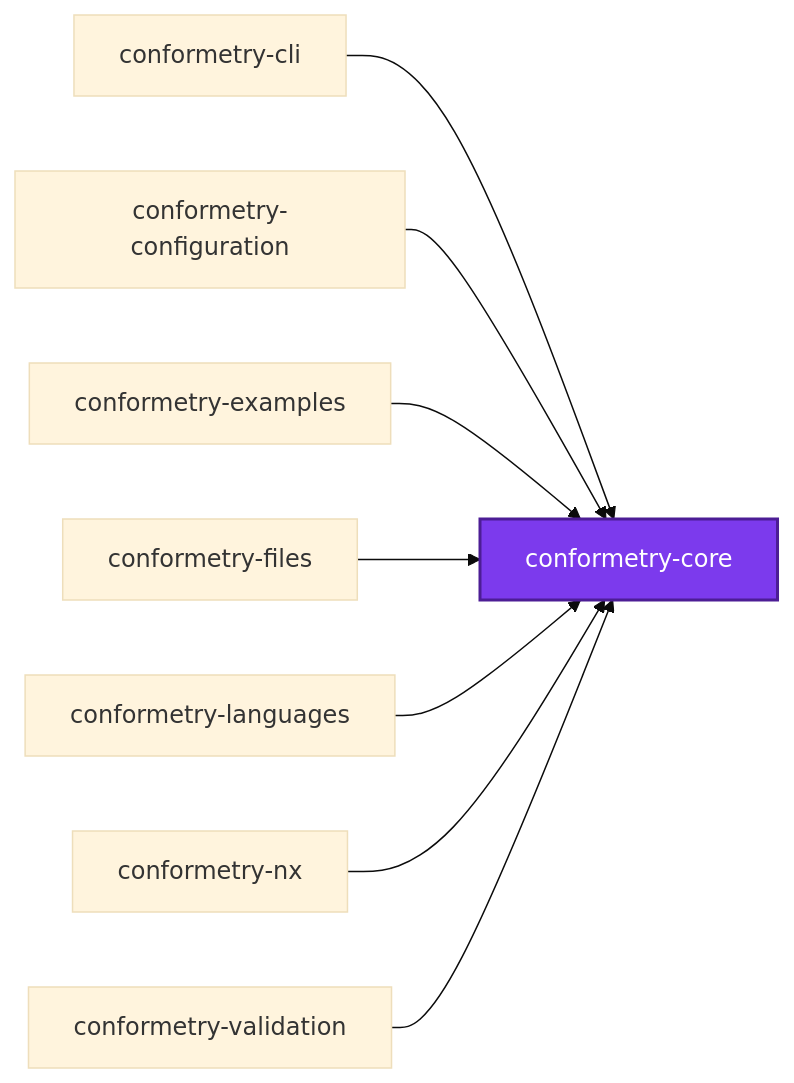
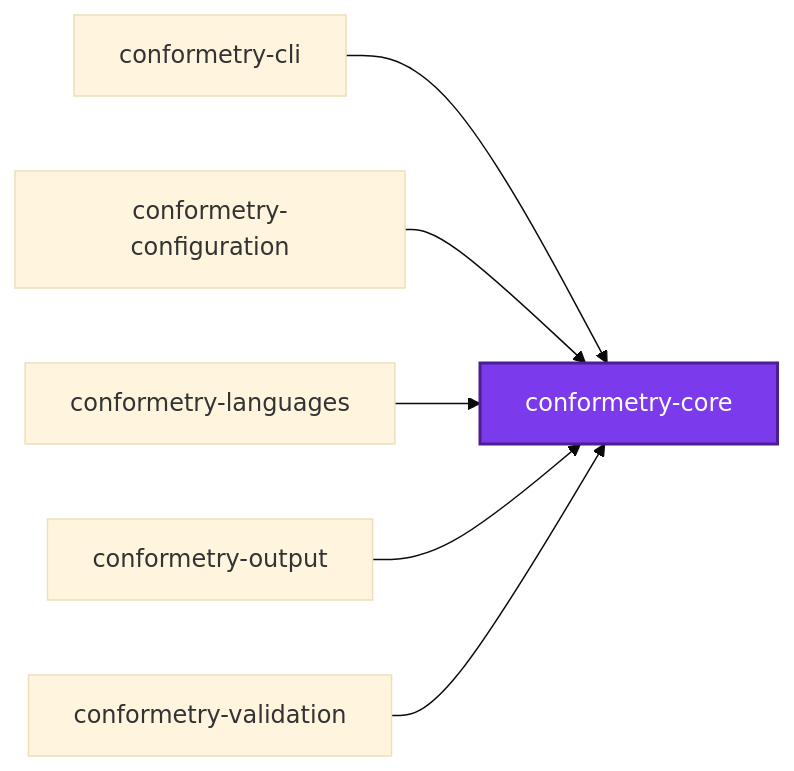
Before and after one commit to JimmyPaolini/codebase: the first of 3 diagrams in packages/ic-suite/conformetry/conformetry-core/README.md, drawn with Mermaid (base theme). The commit also changed other lines of this file and 169 other files, not shown here.

````diff
--- a/packages/ic-suite/conformetry/conformetry-core/README.md
+++ b/packages/ic-suite/conformetry/conformetry-core/README.md
@@ -179,20 +159,16 @@
 ```mermaid
 graph LR
   conformetry_cli["conformetry-cli"]
   conformetry_configuration["conformetry-configuration"]
   conformetry_core["conformetry-core"]
-  conformetry_examples["conformetry-examples"]
-  conformetry_files["conformetry-files"]
   conformetry_languages["conformetry-languages"]
-  conformetry_nx["conformetry-nx"]
+  conformetry_output["conformetry-output"]
   conformetry_validation["conformetry-validation"]
   conformetry_cli --> conformetry_core
   conformetry_configuration --> conformetry_core
-  conformetry_examples --> conformetry_core
-  conformetry_files --> conformetry_core
   conformetry_languages --> conformetry_core
-  conformetry_nx --> conformetry_core
+  conformetry_output --> conformetry_core
   conformetry_validation --> conformetry_core
   classDef subject fill:#7c3aed,color:#fff,stroke:#4c1d95,stroke-width:2px
   class conformetry_core subject
 ```
````
